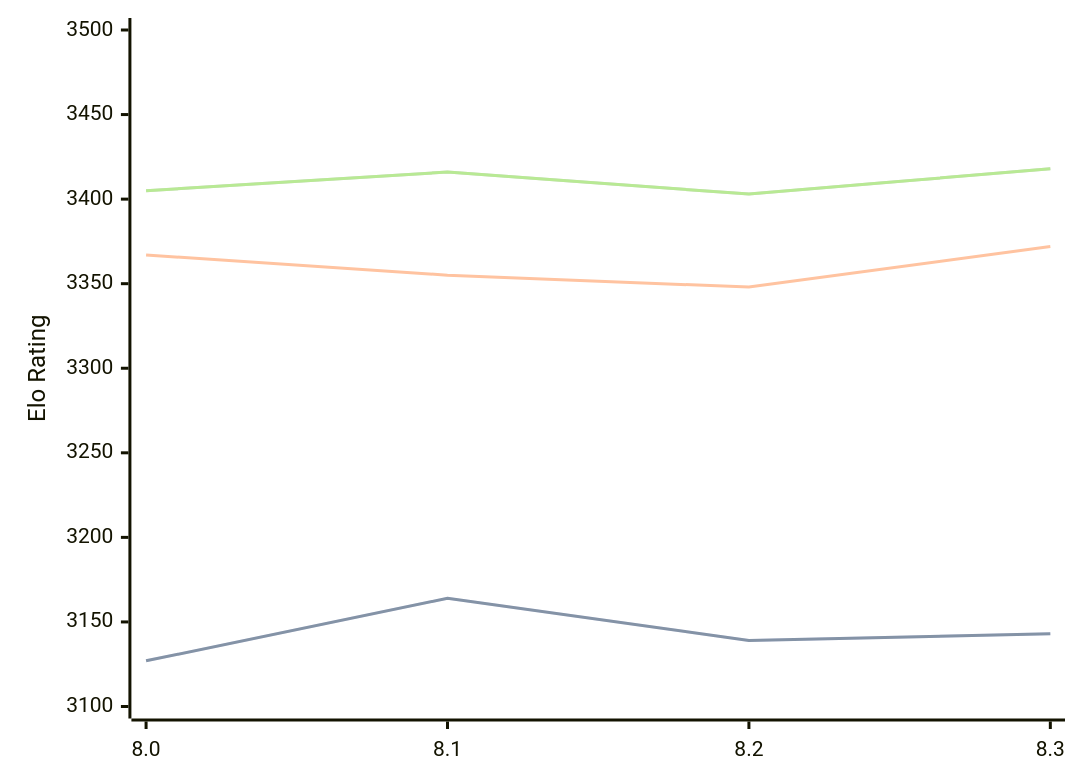
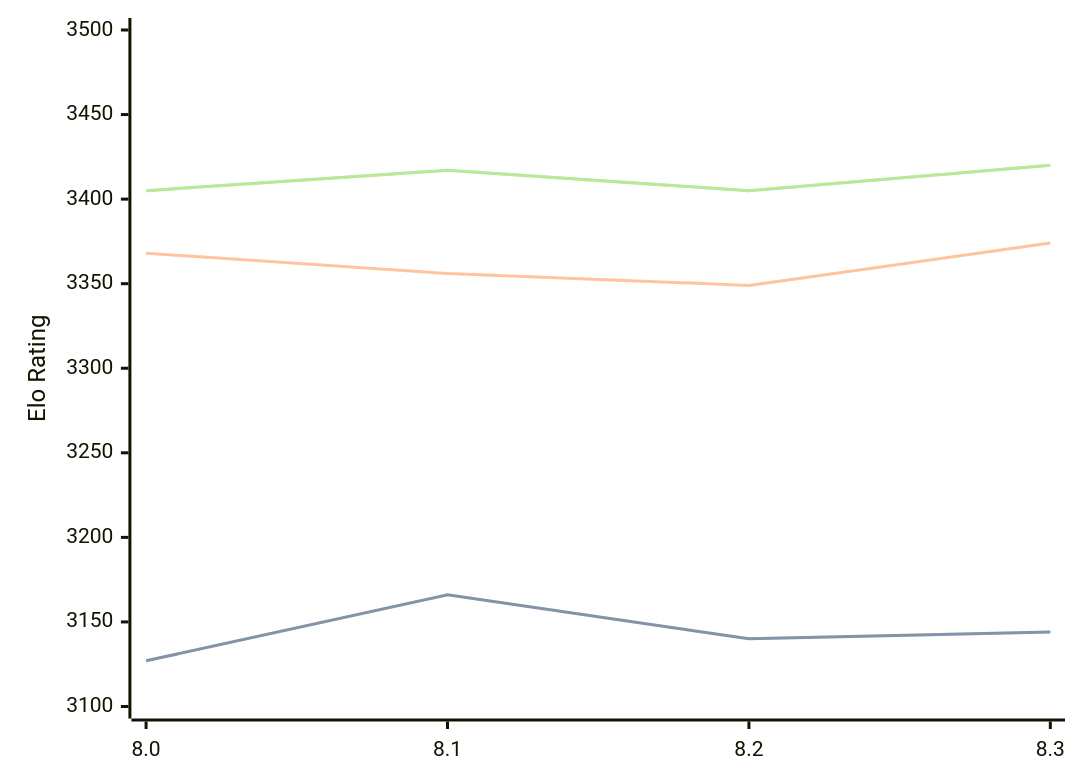
The diagram in engines/Alexander.md (computer-chess-index/cci), drawn with Mermaid before and after one commit. The commit also changed other lines of this file, not shown here.

Commit message:
Update CCI Ratings (ELO VLTC) - 2026-07-24

````diff
--- a/engines/Alexander.md
+++ b/engines/Alexander.md
@@ -48,11 +48,11 @@
 ```mermaid
 %%{init: {"theme":"base","themeVariables":{"seriesColors:['#a3a3a3','#222221','#faa371']}}}%%
 xychart-beta
   x-axis ["8.0", "8.1", "8.2", "8.3"]
   y-axis "Elo Rating" 3100 --> 3500
-  line "STC (8.0+0.08s)" [3127, 3164, 3139, 3143]
-  line "STC (8.0+0.08s)" [3127, 3164, 3139, 3143]
-  line "LTC (60.0+0.60s)" [3367, 3355, 3348, 3372]
-  line "VLTC (2m24s+1.12s)" [3405, 3416, 3403, 3418]
-  line "VLTC (2m24s+1.12s)" [3405, 3416, 3403, 3418]
+  line "STC (8.0+0.08s)" [3127, 3166, 3140, 3144]
+  line "STC (8.0+0.08s)" [3127, 3166, 3140, 3144]
+  line "LTC (60.0+0.60s)" [3368, 3356, 3349, 3374]
+  line "VLTC (2m24s+1.12s)" [3405, 3417, 3405, 3420]
+  line "VLTC (2m24s+1.12s)" [3405, 3417, 3405, 3420]
 ```
````
